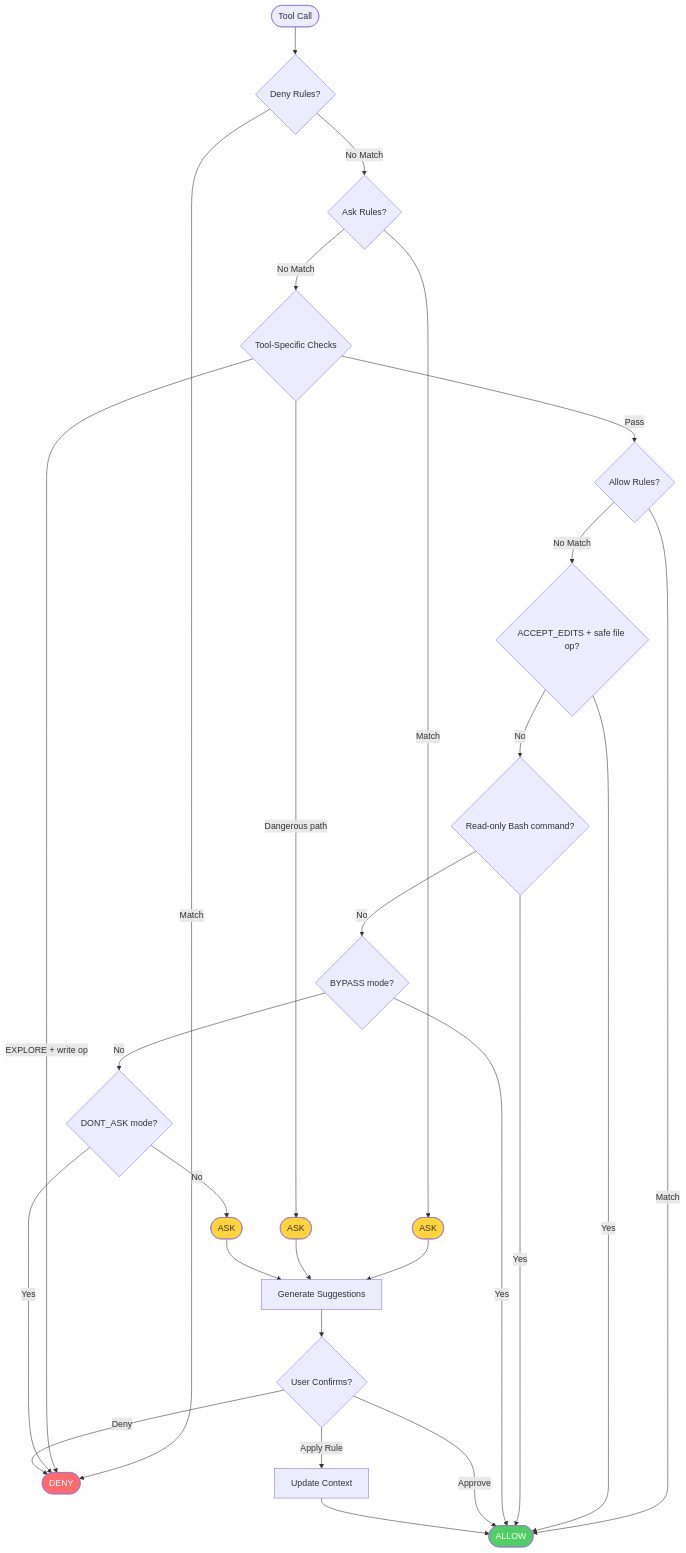
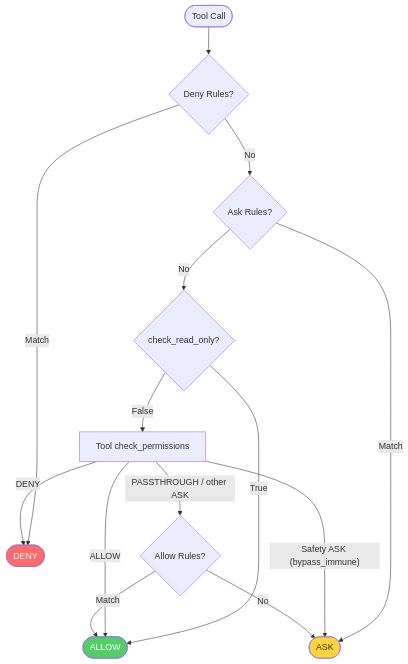
One commit to Osier-Yi/docs changed the fourth of 6 diagrams in v2/building-blocks/permission-system.mdx. Above: the diagram before and after it, drawn with Mermaid. The commit also changed other lines of this file and 22 other files, not shown here.

````diff
--- a/v2/building-blocks/permission-system.mdx
+++ b/v2/building-blocks/permission-system.mdx
@@ -46,33 +82,19 @@
 ```mermaid
 flowchart TD
-    A([Tool Call]) --> B{Deny Rules?}
-    B -->|Match| DENY([DENY])
-    B -->|No Match| C{Ask Rules?}
-    C -->|Match| ASK1([ASK])
-    C -->|No Match| D{Tool-Specific Checks}
-    D -->|EXPLORE + write op| DENY
-    D -->|Dangerous path| ASK2([ASK])
-    D -->|Pass| E{Allow Rules?}
-    E -->|Match| ALLOW([ALLOW])
-    E -->|No Match| F{"ACCEPT_EDITS + safe file op?"}
-    F -->|Yes| ALLOW
-    F -->|No| G{"Read-only Bash command?"}
-    G -->|Yes| ALLOW
-    G -->|No| H{BYPASS mode?}
-    H -->|Yes| ALLOW
-    H -->|No| I{DONT_ASK mode?}
-    I -->|Yes| DENY
-    I -->|No| ASK3([ASK])
-    ASK1 --> S[Generate Suggestions]
-    ASK2 --> S
-    ASK3 --> S
-    S --> U{User Confirms?}
-    U -->|Approve| ALLOW
-    U -->|Deny| DENY
-    U -->|Apply Rule| R[Update Context] --> ALLOW
+    A([Tool Call]) --> AE1{Deny Rules?}
+    AE1 -->|Match| DENY([DENY])
+    AE1 -->|No| AE2{Ask Rules?}
+    AE2 -->|Match| ASK([ASK])
+    AE2 -->|No| AE3{check_read_only?}
+    AE3 -->|True| ALLOW([ALLOW])
+    AE3 -->|False| AE4[Tool check_permissions]
+    AE4 -->|ALLOW| ALLOW
+    AE4 -->|DENY| DENY
+    AE4 -->|"Safety ASK (bypass_immune)"| ASK
+    AE4 -->|PASSTHROUGH / other ASK| AE5{Allow Rules?}
+    AE5 -->|Match| ALLOW
+    AE5 -->|No| ASK
     style DENY fill:#ff6b6b,color:#fff
     style ALLOW fill:#51cf66,color:#fff
-    style ASK1 fill:#ffd43b,color:#333
-    style ASK2 fill:#ffd43b,color:#333
-    style ASK3 fill:#ffd43b,color:#333
+    style ASK fill:#ffd43b,color:#333
 ```
````
